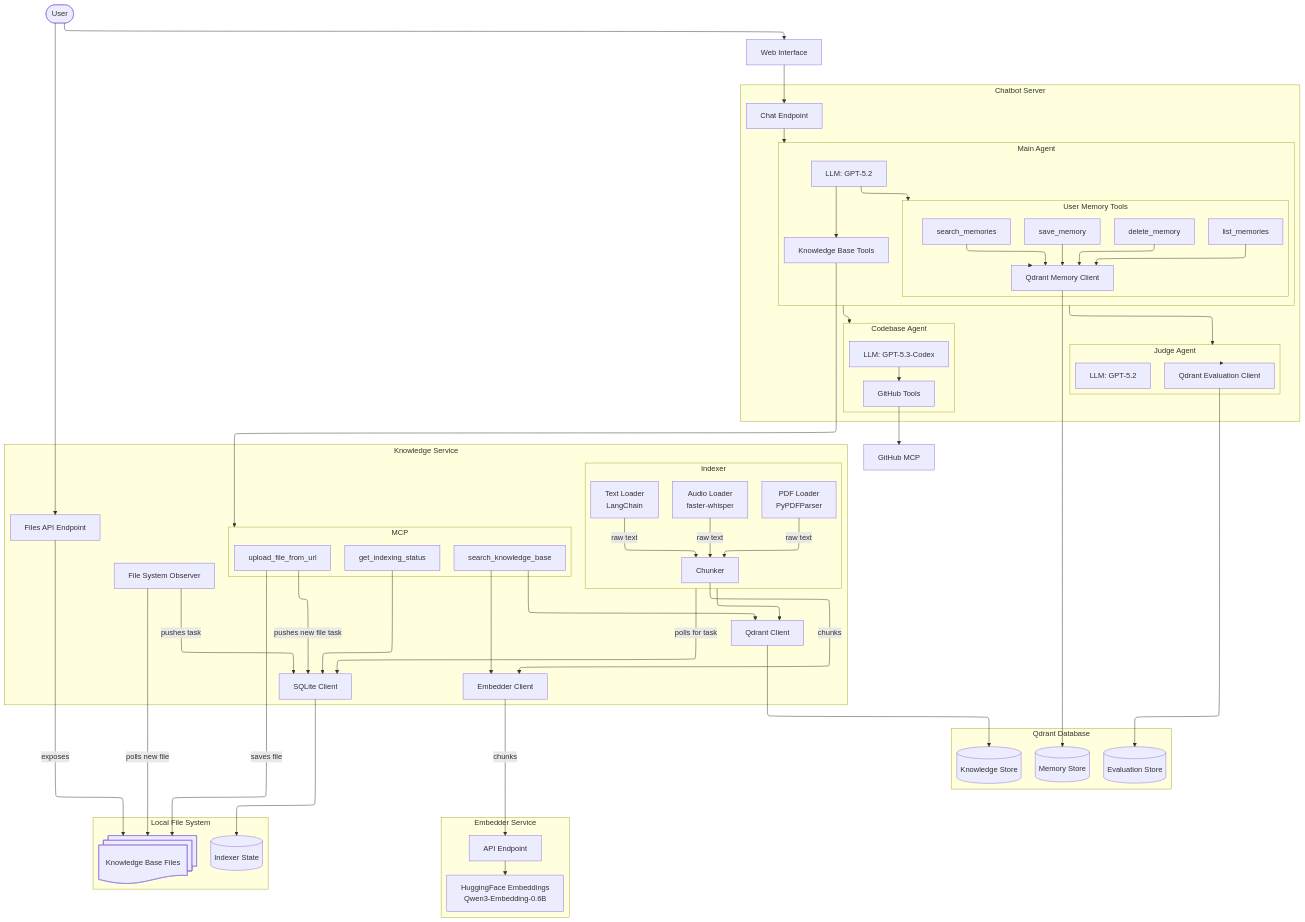
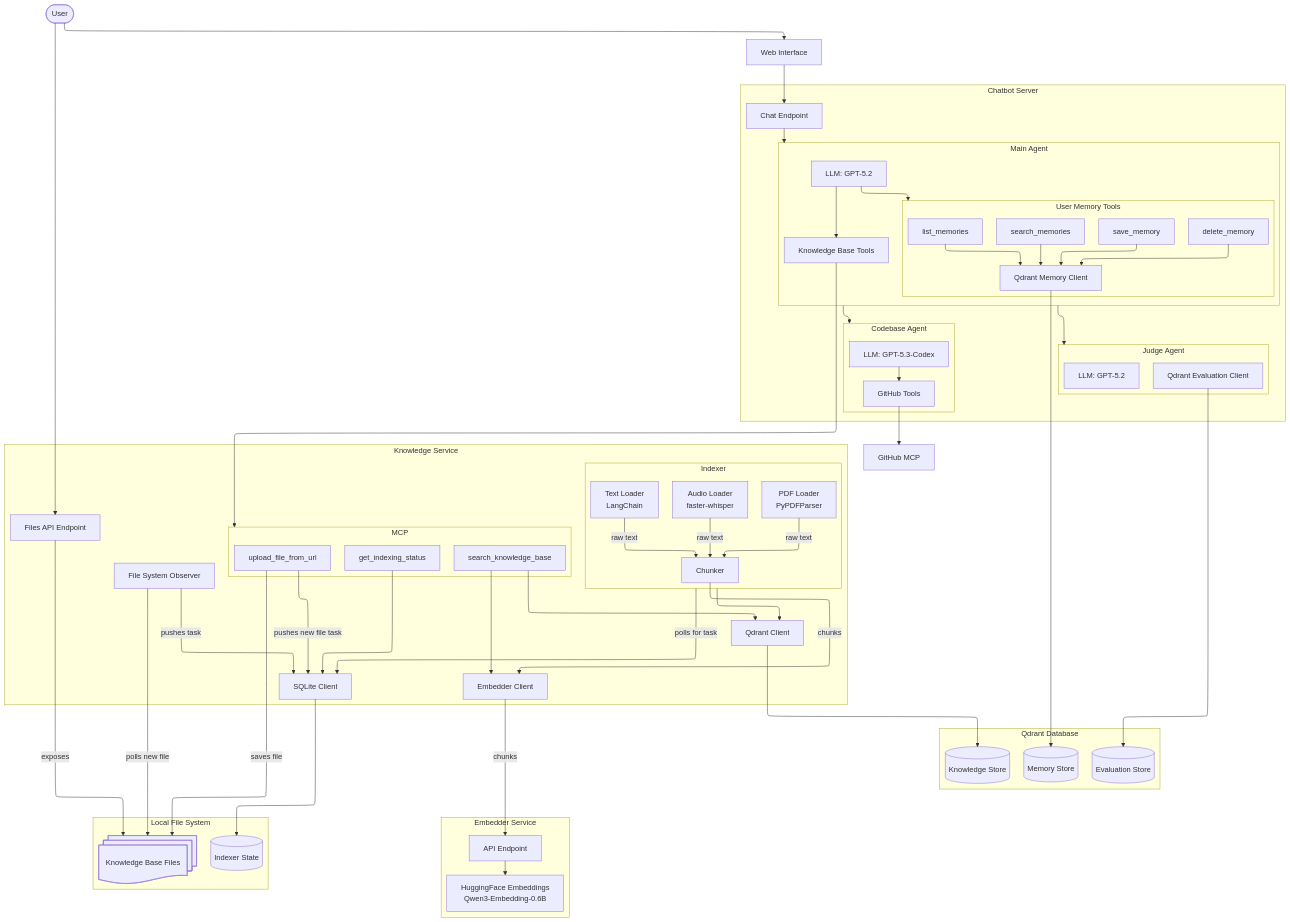
One commit to Anddrrew/ai_academy_capstone changed the diagram in docs/architecture.mmd. Above: the diagram before and after it, drawn with Mermaid. The commit also changed 3 other files, not shown here.

Commit message:
upd: diagram

```diff
--- a/docs/architecture.mmd
+++ b/docs/architecture.mmd
@@ -1,111 +1,109 @@
 ---
 config:
   layout: elk
   theme: default
 ---
 flowchart TB
   user([User])
   user --> web_ui
   web_ui[Web Interface]
   web_ui --> chat_endpoint
 
   subgraph chatbot["Chatbot Server"]
         chat_endpoint[Chat Endpoint]
         subgraph main_agent["Main Agent"]
             main_llm[LLM: GPT-5.2]
             subgraph mem_tools["User Memory Tools"]
                 mem_search[search_memories]
                 mem_save[save_memory]
                 mem_delete[delete_memory]
                 mem_list[list_memories]
                 mem_qdrant[Qdrant Memory Client]
                 mem_search --> mem_qdrant
                 mem_save --> mem_qdrant
                 mem_delete --> mem_qdrant
                 mem_list --> mem_qdrant
             end
             kb_tools[Knowledge Base Tools]
             main_llm --> kb_tools
             main_llm --> mem_tools
         end
         subgraph research_agent["Codebase Agent"]
             research_llm[LLM: GPT-5.3-Codex]
             github_tools[GitHub Tools]
             research_llm --> github_tools
         end
         subgraph judge_agent["Judge Agent"]
             judge_llm[LLM: GPT-5.2]
             judge_qdrant[Qdrant Evaluation Client]
         end
-        mem_tools --> mem_qdrant
-        judge_agent --> judge_qdrant
         chat_endpoint --> main_agent
         main_agent --> research_agent
         main_agent --> judge_agent
   end
   subgraph kb["Knowledge Service"]
     kb_observer[File System Observer]
     kb_embed_client[Embedder Client]
     kb_qdrant[Qdrant Client]
     kb_sqlite[SQLite Client]
     subgraph kb_indexer["Indexer"]
         kb_chunker[Chunker]
         kb_pdf_loader[PDF Loader<br/>PyPDFParser]
         kb_audio_loader[Audio Loader<br/>faster-whisper]
         kb_text_loader[Text Loader<br/>LangChain ]
         kb_pdf_loader --> |raw text| kb_chunker
         kb_audio_loader --> |raw text| kb_chunker
         kb_text_loader --> |raw text| kb_chunker
     end
         kb_files_endpoint[Files API Endpoint]
     
         subgraph kb_mcp["MCP"]
             kb_mcp_search[search_knowledge_base]
             kb_mcp_status[get_indexing_status]
             kb_mcp_upload[upload_file_from_url]
         end
     kb_chunker --> |chunks| kb_embed_client
     kb_indexer --> kb_qdrant
     kb_mcp_search --> kb_embed_client
     kb_mcp_search --> kb_qdrant
     kb_mcp_status --> kb_sqlite
 
     kb_observer --> |pushes task| kb_sqlite
     kb_indexer -->|polls for task| kb_sqlite
 
     kb_mcp_upload --> |pushes new file task| kb_sqlite
 
   end
   subgraph embedder["Embedder Service"]
     direction TB
     embed_model["HuggingFace Embeddings<br/>Qwen3-Embedding-0.6B"]
     embed_api["API Endpoint"]
     embed_api --> embed_model
   end
   subgraph qdrant["Qdrant Database"]
     direction TB
     qdrant_knowledge[(Knowledge Store)]
     qdrant_evaluation[(Evaluation Store)]
     qdrant_memory[(Memory Store)]
   end
   subgraph fs["Local File System"]
     fs_docs["Knowledge Base Files"]
     fs_state[(Indexer State)]
   end
 
 
   github_mcp[GitHub MCP]
   kb_observer -->|polls new file| fs_docs
   kb_tools --> kb_mcp
   mem_qdrant --> qdrant_memory
   judge_qdrant --> qdrant_evaluation
   github_tools --> github_mcp
 
   kb_embed_client --> |chunks| embed_api
   kb_qdrant --> qdrant_knowledge
   kb_sqlite --> fs_state
 
 
   user --> kb_files_endpoint --> |exposes| fs_docs
   kb_mcp_upload --> |saves file| fs_docs
   fs_docs@{ shape: docs}
```
